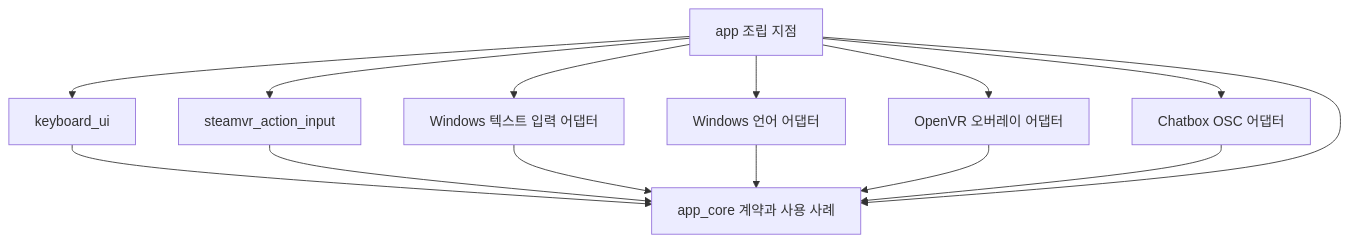
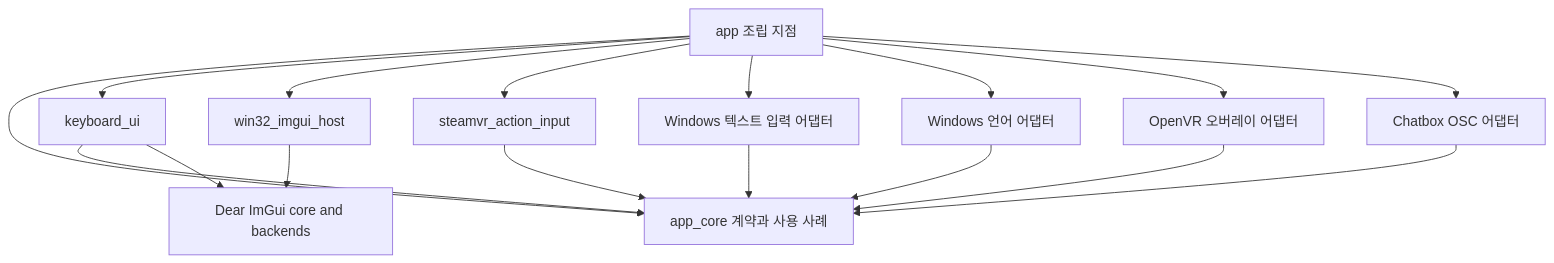
One commit to prunusnira/vr-overlay-keyboard changed the diagram in docs/ARCHITECTURE.md. Above: the diagram before and after it, drawn with Mermaid. The commit also changed other lines of this file and 29 other files, not shown here.

First line of the commit message:
[VK-3] Dear ImGui 전환과 IME 조합·포커스 처리

````diff
--- a/docs/ARCHITECTURE.md
+++ b/docs/ARCHITECTURE.md
@@ -48,24 +53,29 @@
 ```mermaid
 flowchart TB
     App[app 조립 지점]
     Core[app_core 계약과 사용 사례]
     UI[keyboard_ui]
+    ImGui[Dear ImGui core and backends]
+    Host[win32_imgui_host]
     Trigger[steamvr_action_input]
     Text[Windows 텍스트 입력 어댑터]
     Language[Windows 언어 어댑터]
     Overlay[OpenVR 오버레이 어댑터]
     OSC[Chatbox OSC 어댑터]
     UI --> Core
+    UI --> ImGui
+    Host --> ImGui
     Trigger --> Core
     Text --> Core
     Language --> Core
     Overlay --> Core
     OSC --> Core
     App --> Core
     App --> UI
+    App --> Host
     App --> Trigger
     App --> Text
     App --> Language
     App --> Overlay
     App --> OSC
 ```
````
